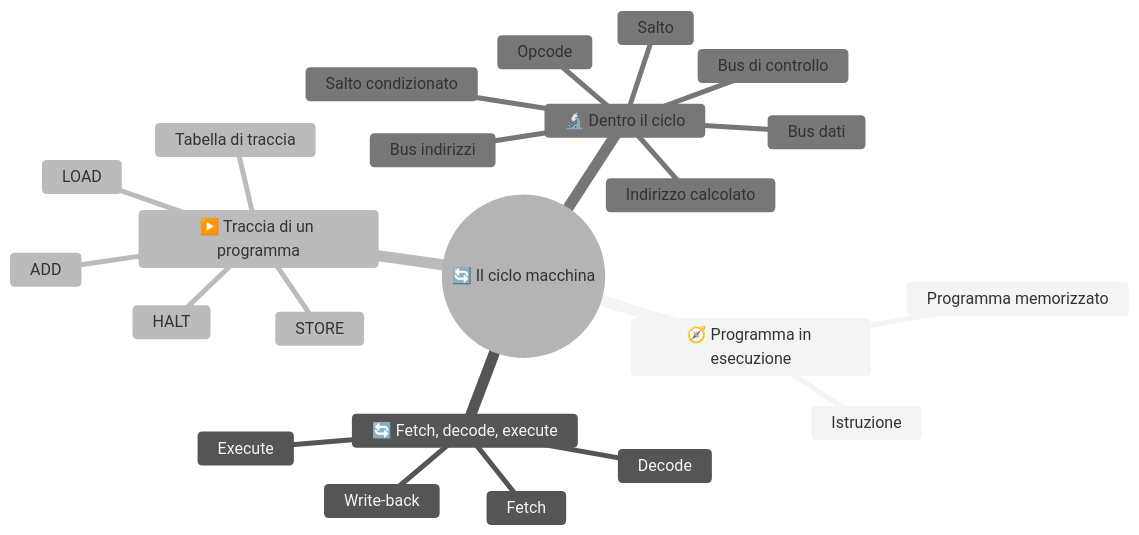
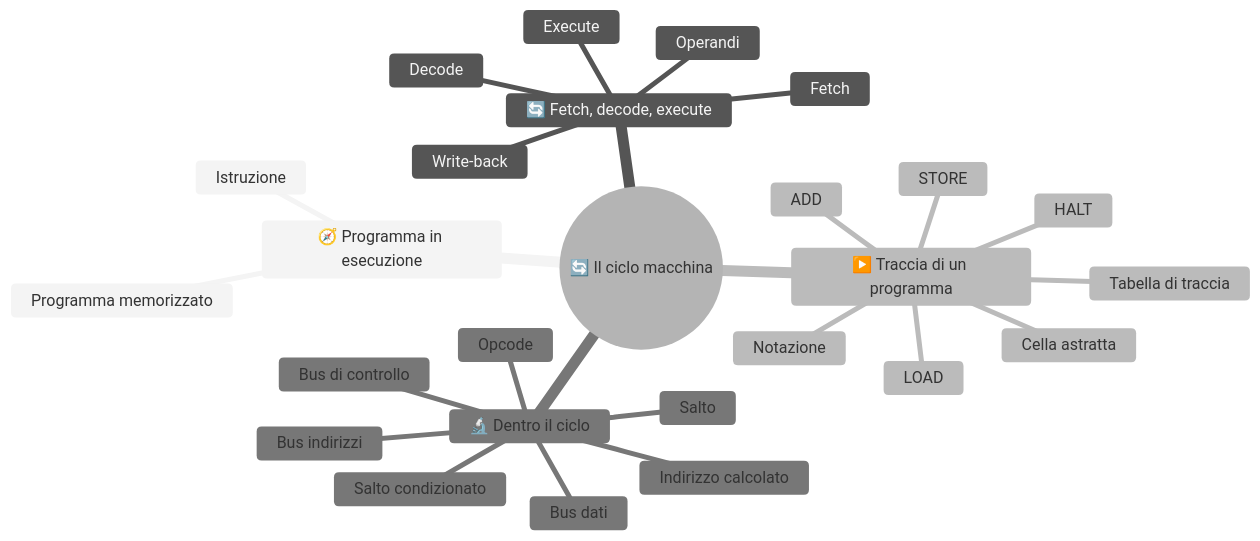
Before and after one commit to Neeqstock/dispense-caramuel: the first of 2 diagrams in 3EI - Sistemi e Reti/1 SETT-OTT/(STU) 3EI sett-ott S4 - Il ciclo macchina.md, drawn with Mermaid (neutral theme). The commit also changed other lines of this file and 72 other files, not shown here.

````diff
--- a/3EI - Sistemi e Reti/1 SETT-OTT/(STU) 3EI sett-ott S4 - Il ciclo macchina.md
+++ b/3EI - Sistemi e Reti/1 SETT-OTT/(STU) 3EI sett-ott S4 - Il ciclo macchina.md
@@ -9,30 +9,33 @@
 ```mermaid
 ---
 config:
   layout: tidy-tree
 ---
 mindmap
   root((🔄 Il ciclo macchina))
     🧭 Programma in esecuzione
       Programma memorizzato
       Istruzione
     🔄 Fetch, decode, execute
       Fetch
       Decode
       Execute
+      Operandi
       Write-back
     ▶️ Traccia di un programma
+      Cella astratta
+      Notazione
       LOAD
       ADD
       STORE
       HALT
       Tabella di traccia
     🔬 Dentro il ciclo
       Opcode
       Bus indirizzi
       Bus dati
       Bus di controllo
       Indirizzo calcolato
       Salto
       Salto condizionato
 ```
````
